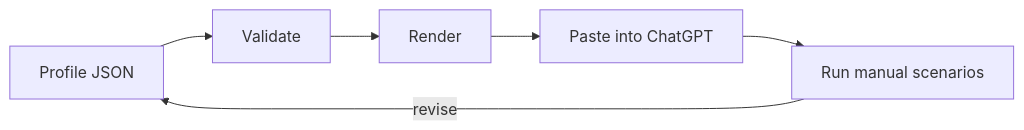
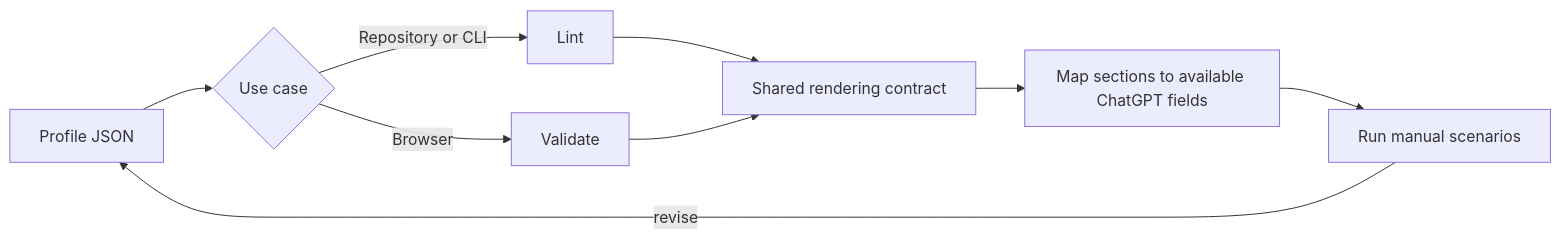
Before and after one commit to man612/chatgpt-personalization: the diagram in README.md, drawn with Mermaid. The commit also changed other lines of this file and 10 other files, not shown here.

First line of the commit message:
fix: align browser rendering and restore automatic checks

````diff
--- a/README.md
+++ b/README.md
@@ -46,8 +47,11 @@
 ```mermaid
 flowchart LR
-    A[Profile JSON] --> B[Validate]
-    B --> C[Render]
-    C --> D[Paste into ChatGPT]
-    D --> E[Run manual scenarios]
-    E -->|revise| A
+    A[Profile JSON] --> B{Use case}
+    B -->|Repository or CLI| C[Lint]
+    B -->|Browser| D[Validate]
+    C --> E[Shared rendering contract]
+    D --> E
+    E --> F[Map sections to available ChatGPT fields]
+    F --> G[Run manual scenarios]
+    G -->|revise| A
 ```
````
